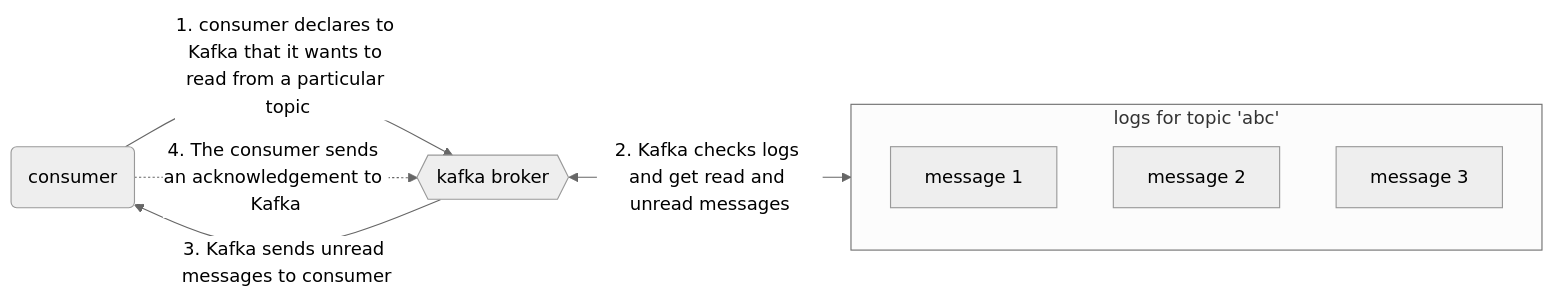
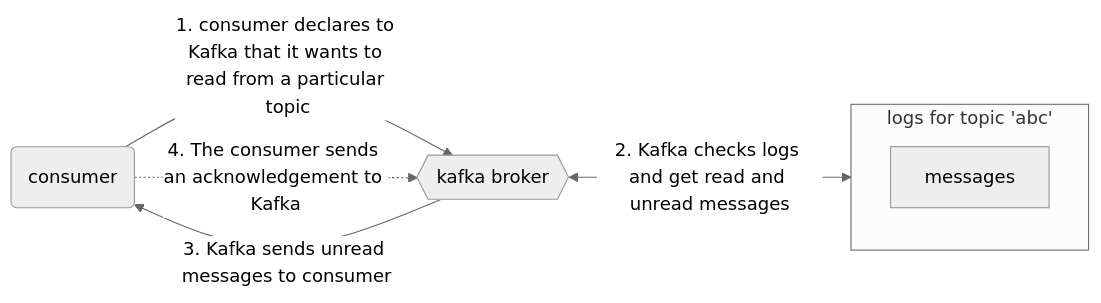
Before and after one commit to shayansm2/eng-notebook: the second of 2 diagrams in kafka/readme.md, drawn with Mermaid (neutral theme). The commit also changed other lines of this file, not shown here.

````diff
--- a/kafka/readme.md
+++ b/kafka/readme.md
@@ -81,14 +79,12 @@
 ```mermaid
 flowchart LR
     c(consumer)
     k{{kafka broker}}
     subgraph logs[logs for topic 'abc']
-        m1[message 1]
-        m2[message 2]
-        m3[message 3]
+        m1[messages]
     end
     c-->|1. consumer declares to Kafka that it wants to read from a particular topic|k
     k<-->|2. Kafka checks logs and get read and unread messages|logs
     k-->|3. Kafka sends unread messages to consumer|c
     c-.->|4. The consumer sends an acknowledgement to Kafka|k
 ```
````
